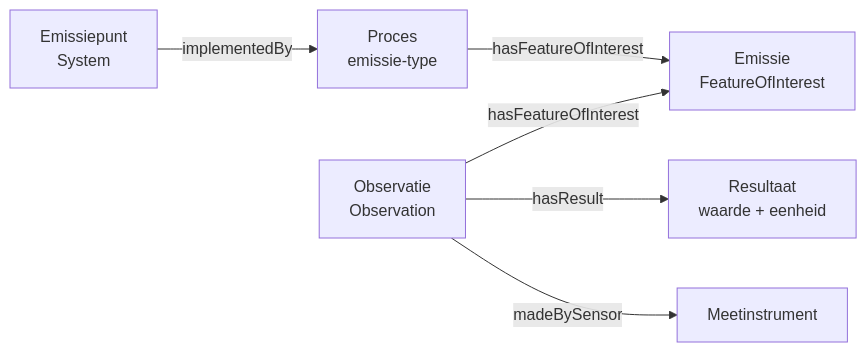
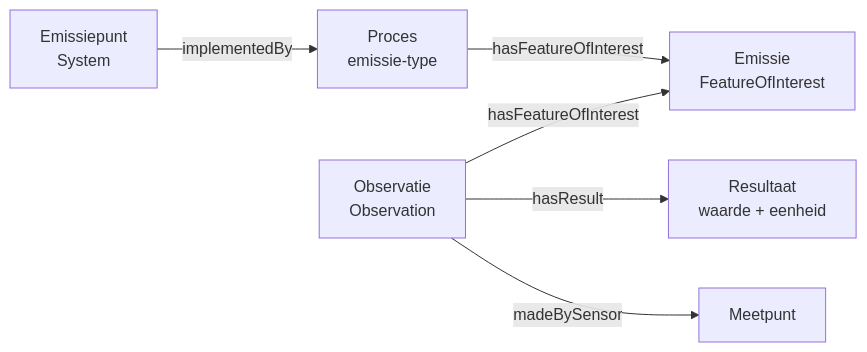
Before and after one commit to milieuinfo/RIE-IEPR: the diagram in documentatie/datamodel/afname/GEBRUIKSSCENARIO.md, drawn with Mermaid. The commit also changed other lines of this file and 11 other files, not shown here.

````diff
--- a/documentatie/datamodel/afname/GEBRUIKSSCENARIO.md
+++ b/documentatie/datamodel/afname/GEBRUIKSSCENARIO.md
@@ -76,8 +76,8 @@
 ```mermaid
 graph LR
     Emissiepunt["Emissiepunt<br/>System"] -->|implementedBy| Proces["Proces<br/>emissie-type"]
     Proces -->|hasFeatureOfInterest| Emissie["Emissie<br/>FeatureOfInterest"]
     Observatie["Observatie<br/>Observation"] -->|hasFeatureOfInterest| Emissie
     Observatie -->|hasResult| Resultaat["Resultaat<br/>waarde + eenheid"]
-    Observatie -->|madeBySensor| Meetinstrument["Meetinstrument"]
+    Observatie -->|madeBySensor| Meetpunt["Meetpunt"]
 ```
````
